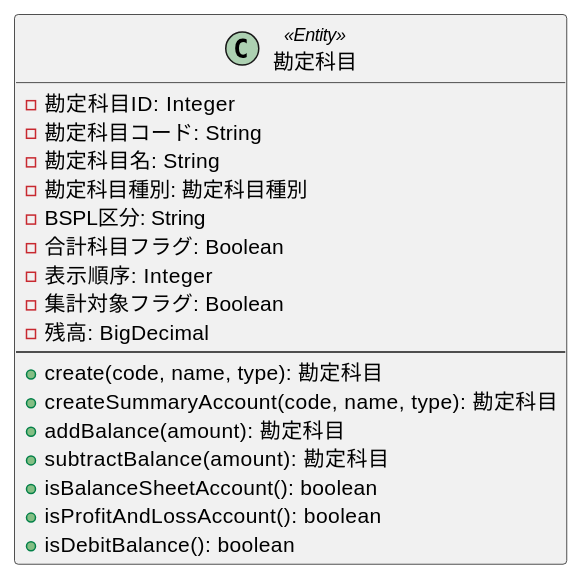
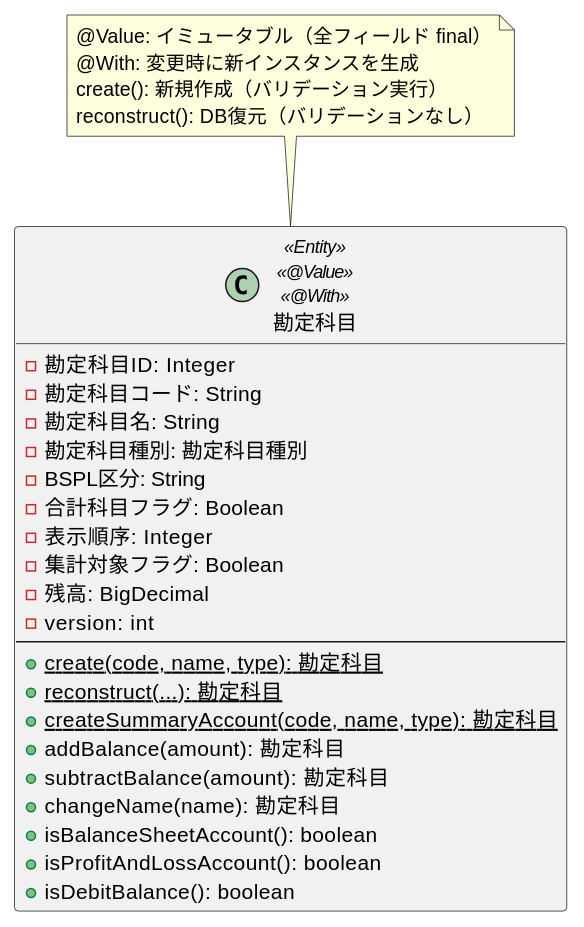
The ninth of 26 diagrams in docs/design/domain-model.md (k2works/case-study-accounting), drawn with PlantUML before and after one commit. The commit also changed other lines of this file and 1 other file, not shown here.

First line of the commit message:
docs: エンティティ設計を @Value と @With によるイミュータブル設計に更新

````diff
--- a/docs/design/domain-model.md
+++ b/docs/design/domain-model.md
@@ -251,23 +328,33 @@
 ```plantuml
 @startuml
-class 勘定科目 <<Entity>> {
+class 勘定科目 <<Entity>> <<@Value>> <<@With>> {
   - 勘定科目ID: Integer
   - 勘定科目コード: String
   - 勘定科目名: String
   - 勘定科目種別: 勘定科目種別
   - BSPL区分: String
   - 合計科目フラグ: Boolean
   - 表示順序: Integer
   - 集計対象フラグ: Boolean
   - 残高: BigDecimal
+  - version: int
   --
-  + create(code, name, type): 勘定科目
-  + createSummaryAccount(code, name, type): 勘定科目
+  + {static} create(code, name, type): 勘定科目
+  + {static} reconstruct(...): 勘定科目
+  + {static} createSummaryAccount(code, name, type): 勘定科目
   + addBalance(amount): 勘定科目
   + subtractBalance(amount): 勘定科目
+  + changeName(name): 勘定科目
   + isBalanceSheetAccount(): boolean
   + isProfitAndLossAccount(): boolean
   + isDebitBalance(): boolean
 }
+
+note top of 勘定科目
+  @Value: イミュータブル（全フィールド final）
+  @With: 変更時に新インスタンスを生成
+  create(): 新規作成（バリデーション実行）
+  reconstruct(): DB復元（バリデーションなし）
+end note
 @enduml
 ```
````
